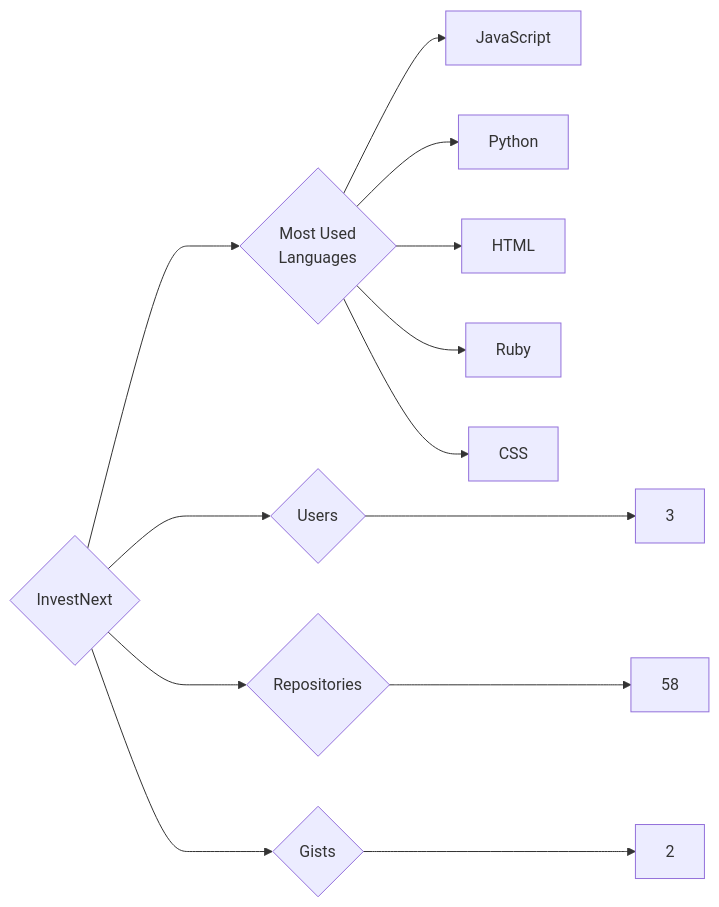
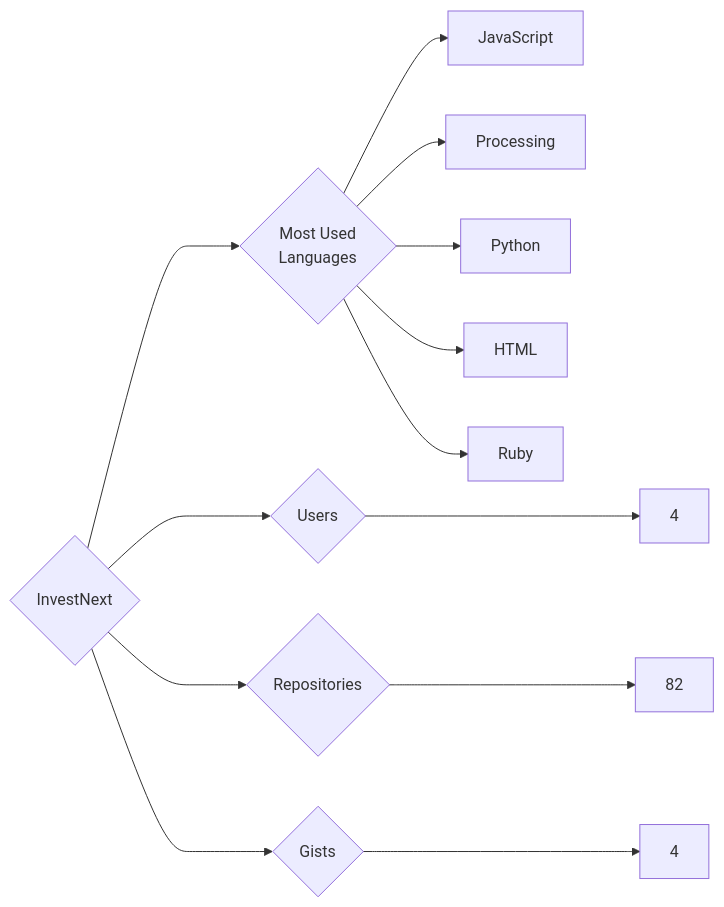
Before and after one commit to trickest/insiders: the diagram in targets/InvestNext/README.md, drawn with Mermaid. The commit also changed 1148 other files, not shown here.

````diff
--- a/targets/InvestNext/README.md
+++ b/targets/InvestNext/README.md
@@ -3,13 +3,13 @@
 ```mermaid
 graph LR
 COMPANY_NAME{InvestNext}
-COMPANY_NAME ---> U{Users} ---> UN[3]
-COMPANY_NAME ---> R{Repositories} ---> RN[58]
-COMPANY_NAME ---> G{Gists} ---> GN[2]
+COMPANY_NAME ---> U{Users} ---> UN[4]
+COMPANY_NAME ---> R{Repositories} ---> RN[82]
+COMPANY_NAME ---> G{Gists} ---> GN[4]
 COMPANY_NAME ---> ML{Most Used<br>Languages}
 ML --> JavaScript[JavaScript]
+ML --> Processing[Processing]
 ML --> Python[Python]
 ML --> HTML[HTML]
 ML --> Ruby[Ruby]
-ML --> CSS[CSS]
 ```
````
